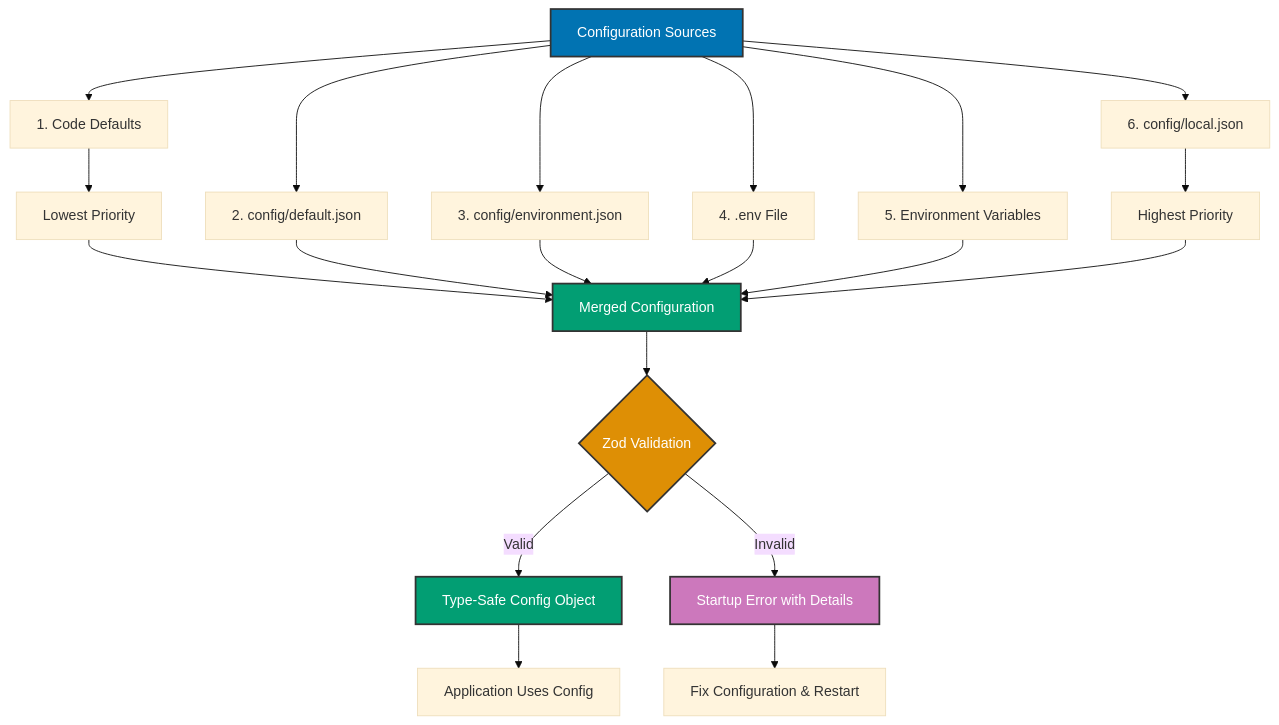
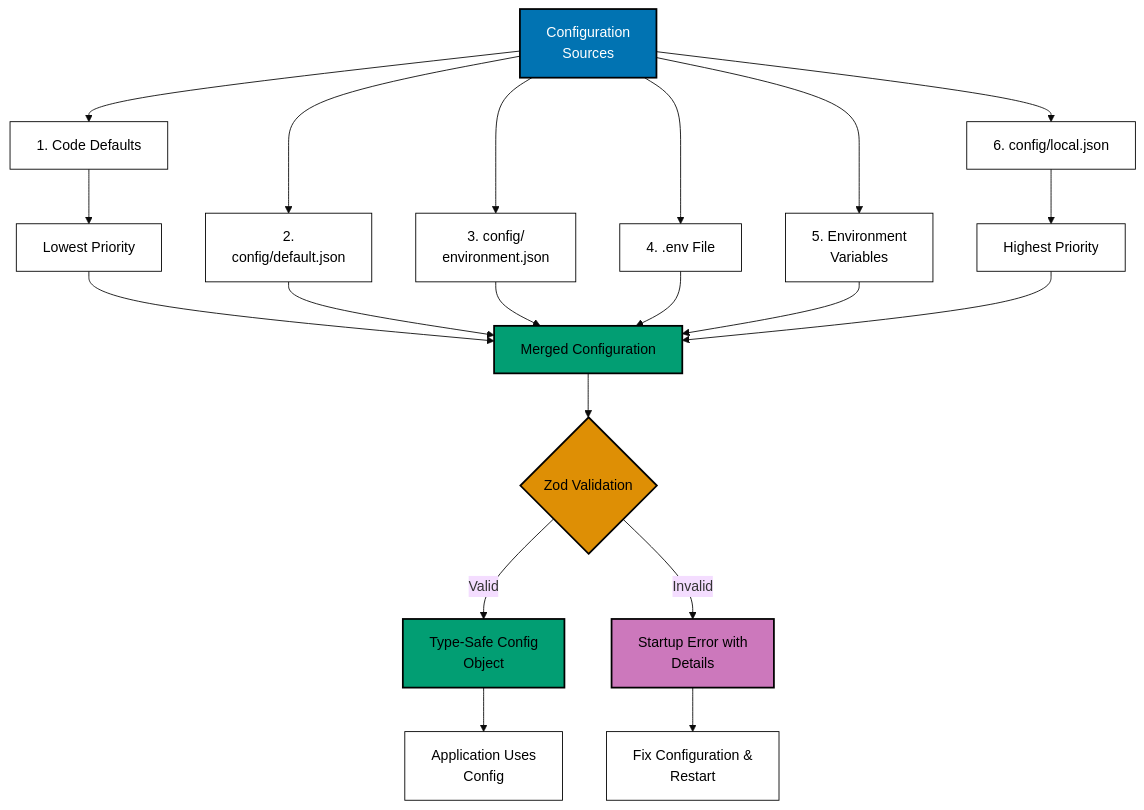
The diagram in apps/ayokoding-www/content/en/learn/legacy/software-engineering/programming-languages/typescript/in-the-field/configuration.md (wahidyankf/ose-public), drawn with Mermaid (base theme) before and after one commit. The commit also changed 112 other files, not shown here.

First line of the commit message:
fix(mermaid): bring the legacy programming-languages diagrams onto the accessible palette

````diff
--- a/apps/ayokoding-www/content/en/learn/legacy/software-engineering/programming-languages/typescript/in-the-field/configuration.md
+++ b/apps/ayokoding-www/content/en/learn/legacy/software-engineering/programming-languages/typescript/in-the-field/configuration.md
@@ -997,35 +997,42 @@
 ```mermaid
 %% Color Palette: Blue #0173B2, Orange #DE8F05, Teal #029E73
 %% All colors are color-blind friendly and meet WCAG AA contrast standards
 
 flowchart TD
-    A[Configuration Sources] --> B[1. Code Defaults]
-    A --> C[2. config/default.json]
-    A --> D[3. config/environment.json]
+    accTitle: Configuration Hierarchy Progression Diagram
+    accDescr: Flowchart with 15 nodes and 19 connections. Nodes: Configuration Sources, 1. Code Defaults, 2. config/default.json, 3. config/ environment.json, 4. .env File, 5. Environment Variables, 6. config/local.json, Lowest Priority, Highest Priority, Merged Configuration, Zod Validation, Type-Safe Config Object, and 3 more. Connections: Configuration Sources to 1. Code Defaults, Configuration Sources to 2. config/default.json, Configuration Sources to 3. config/ environment.json, Configuration Sources to 4. .env File, Configuration Sources to 5. Environment Variables, Configuration Sources to 6. config/local.json, 1. Code Defaults to Lowest Priority, 6. config/local.json to Highest Priority, Lowest Priority to Merged Configuration, 2. config/default.json to Merged Configuration, 3. config/ environment.json to Merged Configuration, 4. .env File to Merged Configuration, and 7 more.
+    A[Configuration<br/>Sources] --> B[1. Code Defaults]
+    A --> C[2.<br/>config/default.json]
+    A --> D[3. config/<br/>environment.json]
     A --> E[4. .env File]
-    A --> F[5. Environment Variables]
+    A --> F[5. Environment<br/>Variables]
     A --> G[6. config/local.json]
 
     B --> H[Lowest Priority]
     G --> I[Highest Priority]
 
     H --> J[Merged Configuration]
     C --> J
     D --> J
     E --> J
     F --> J
     I --> J
 
     J --> K{Zod Validation}
-    K -->|Valid| L[Type-Safe Config Object]
-    K -->|Invalid| M[Startup Error with Details]
+    K -->|Valid| L[Type-Safe Config<br/>Object]
+    K -->|Invalid| M[Startup Error with<br/>Details]
 
-    L --> N[Application Uses Config]
-    M --> O[Fix Configuration & Restart]
+    L --> N[Application Uses<br/>Config]
+    M --> O[Fix Configuration &<br/>Restart]
 
-    style A fill:#0173B2,stroke:#333,stroke-width:2px,color:#fff
-    style J fill:#029E73,stroke:#333,stroke-width:2px,color:#fff
-    style K fill:#DE8F05,stroke:#333,stroke-width:2px,color:#fff
-    style L fill:#029E73,stroke:#333,stroke-width:2px,color:#fff
-    style M fill:#CC78BC,stroke:#333,stroke-width:2px,color:#fff
+    classDef pal-0173B2 fill:#0173B2,stroke:#000000,color:#FFFFFF,stroke-width:2px
+    class A pal-0173B2
+    classDef pal-029E73 fill:#029E73,stroke:#000000,color:#000000,stroke-width:2px
+    class J pal-029E73
+    classDef pal-DE8F05 fill:#DE8F05,stroke:#000000,color:#000000,stroke-width:2px
+    class K pal-DE8F05
+    class L pal-029E73
+    classDef pal-CC78BC fill:#CC78BC,stroke:#000000,color:#000000,stroke-width:2px
+    class M pal-CC78BC
+    classDef default fill:#FFFFFF,stroke:#000000,color:#000000
 ```
````
